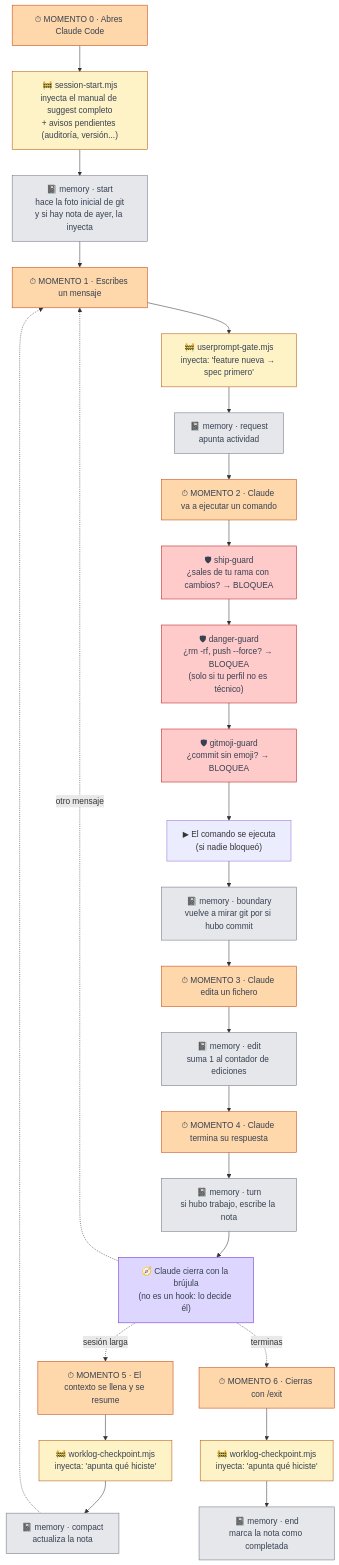
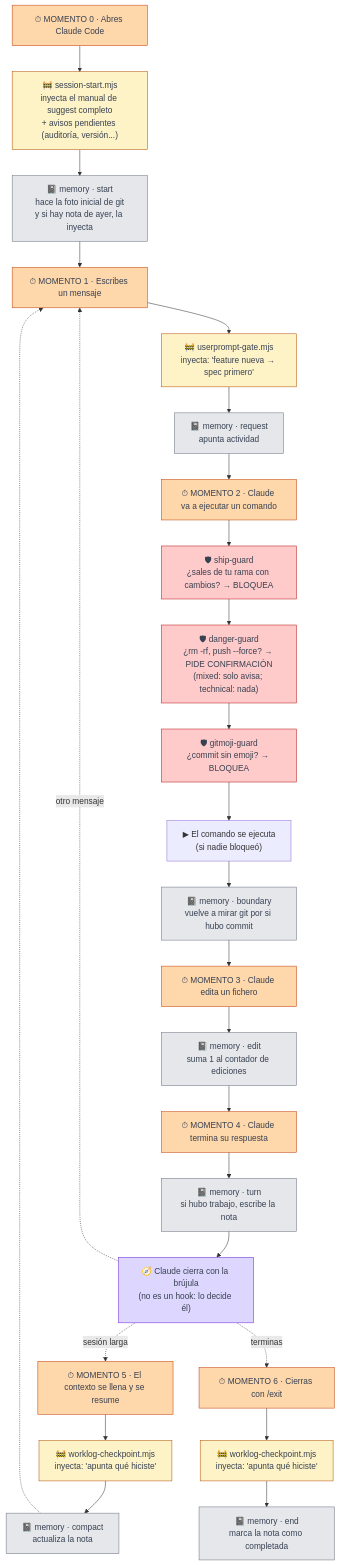
One commit to damiangilgonzalez1995/rsc-harness changed the ninth of 9 diagrams in docs/como-funciona/mapa-del-harness.md. Above: the diagram before and after it, drawn with Mermaid. The commit also changed other lines of this file and 5 other files, not shown here.

First line of the commit message:
🐛 fix(danger-guard): pide confirmación en vez de denegar, no etiqueta al usuario y no salta con texto

````diff
--- a/docs/como-funciona/mapa-del-harness.md
+++ b/docs/como-funciona/mapa-del-harness.md
@@ -473,49 +473,49 @@
 ```mermaid
 flowchart TD
     t0["⏱ MOMENTO 0 · Abres Claude Code"]:::trigger
     t0a["🚧 session-start.mjs<br>inyecta el manual de suggest completo<br>+ avisos pendientes (auditoría, versión...)"]:::inject
     t0b["📓 memory · start<br>hace la foto inicial de git<br>y si hay nota de ayer, la inyecta"]:::memo
 
     t1["⏱ MOMENTO 1 · Escribes un mensaje"]:::trigger
     t1a["🚧 userprompt-gate.mjs<br>inyecta: 'feature nueva → spec primero'"]:::inject
     t1b["📓 memory · request<br>apunta actividad"]:::memo
 
     t2["⏱ MOMENTO 2 · Claude va a ejecutar un comando"]:::trigger
     t2a["🛡 ship-guard<br>¿sales de tu rama con cambios? → BLOQUEA"]:::guard
-    t2b["🛡 danger-guard<br>¿rm -rf, push --force? → BLOQUEA<br>(solo si tu perfil no es técnico)"]:::guard
+    t2b["🛡 danger-guard<br>¿rm -rf, push --force? → PIDE CONFIRMACIÓN<br>(mixed: solo avisa; technical: nada)"]:::guard
     t2c["🛡 gitmoji-guard<br>¿commit sin emoji? → BLOQUEA"]:::guard
     t2d["▶ El comando se ejecuta<br>(si nadie bloqueó)"]
     t2e["📓 memory · boundary<br>vuelve a mirar git por si hubo commit"]:::memo
 
     t3["⏱ MOMENTO 3 · Claude edita un fichero"]:::trigger
     t3a["📓 memory · edit<br>suma 1 al contador de ediciones"]:::memo
 
     t4["⏱ MOMENTO 4 · Claude termina su respuesta"]:::trigger
     t4a["📓 memory · turn<br>si hubo trabajo, escribe la nota"]:::memo
     t4b["🧭 Claude cierra con la brújula<br>(no es un hook: lo decide él)"]:::ai
 
     t5["⏱ MOMENTO 5 · El contexto se llena y se resume"]:::trigger
     t5a["🚧 worklog-checkpoint.mjs<br>inyecta: 'apunta qué hiciste'"]:::inject
     t5b["📓 memory · compact<br>actualiza la nota"]:::memo
 
     t6["⏱ MOMENTO 6 · Cierras con /exit"]:::trigger
     t6a["🚧 worklog-checkpoint.mjs<br>inyecta: 'apunta qué hiciste'"]:::inject
     t6b["📓 memory · end<br>marca la nota como completada"]:::memo
 
     t0 --> t0a --> t0b --> t1
     t1 --> t1a --> t1b --> t2
     t2 --> t2a --> t2b --> t2c --> t2d --> t2e --> t3
     t3 --> t3a --> t4
     t4 --> t4a --> t4b
     t4b -. "otro mensaje" .-> t1
     t4b -. "sesión larga" .-> t5
     t5 --> t5a --> t5b -.-> t1
     t4b -. "terminas" .-> t6
     t6 --> t6a --> t6b
 
     classDef trigger fill:#fed7aa,stroke:#c2410c,color:#374151
     classDef inject fill:#fef3c7,stroke:#b45309,color:#374151
     classDef memo fill:#e5e7eb,stroke:#6b7280,color:#374151
     classDef guard fill:#fecaca,stroke:#b91c1c,color:#374151
     classDef ai fill:#ddd6fe,stroke:#6d28d9,color:#374151
 ```
````
